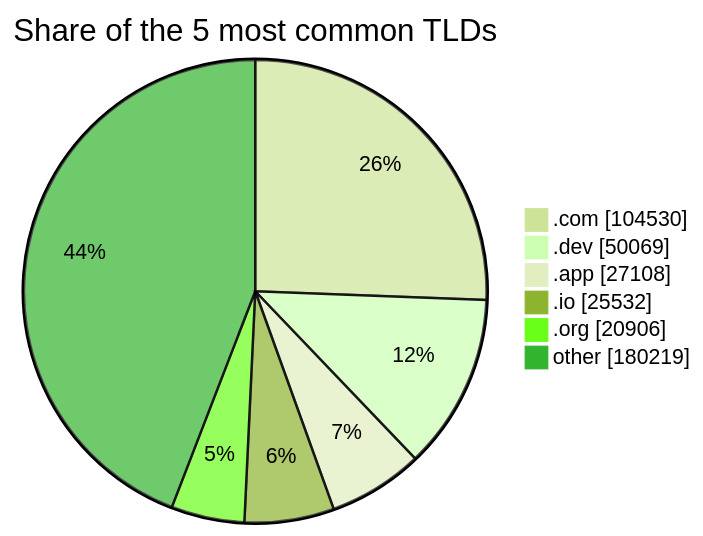
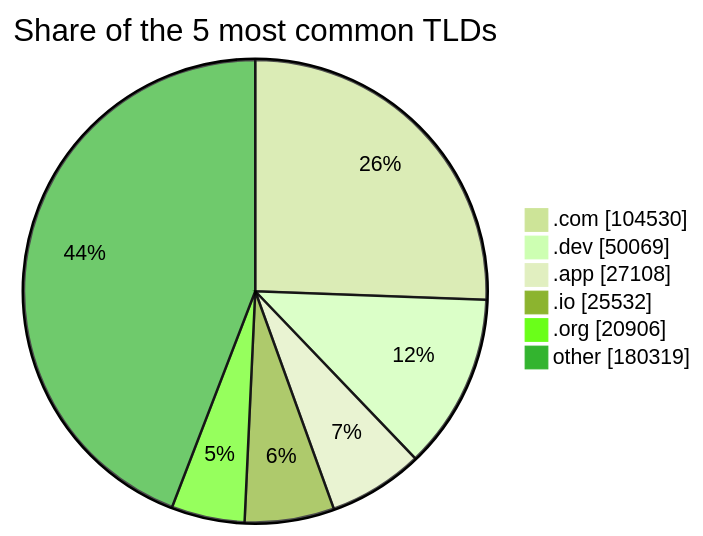
The third of 3 diagrams in README.md (DNSBunker/CTI), drawn with Mermaid (forest theme) before and after one commit. The commit also changed other lines of this file and 3 other files, not shown here.

````diff
--- a/README.md
+++ b/README.md
@@ -81,9 +81,9 @@
 ```mermaid
 pie showData title Share of the 5 most common TLDs
     ".com" : 104530
     ".dev" : 50069
     ".app" : 27108
     ".io" : 25532
     ".org" : 20906
-    "other" : 180219
+    "other" : 180319
 ```
````
